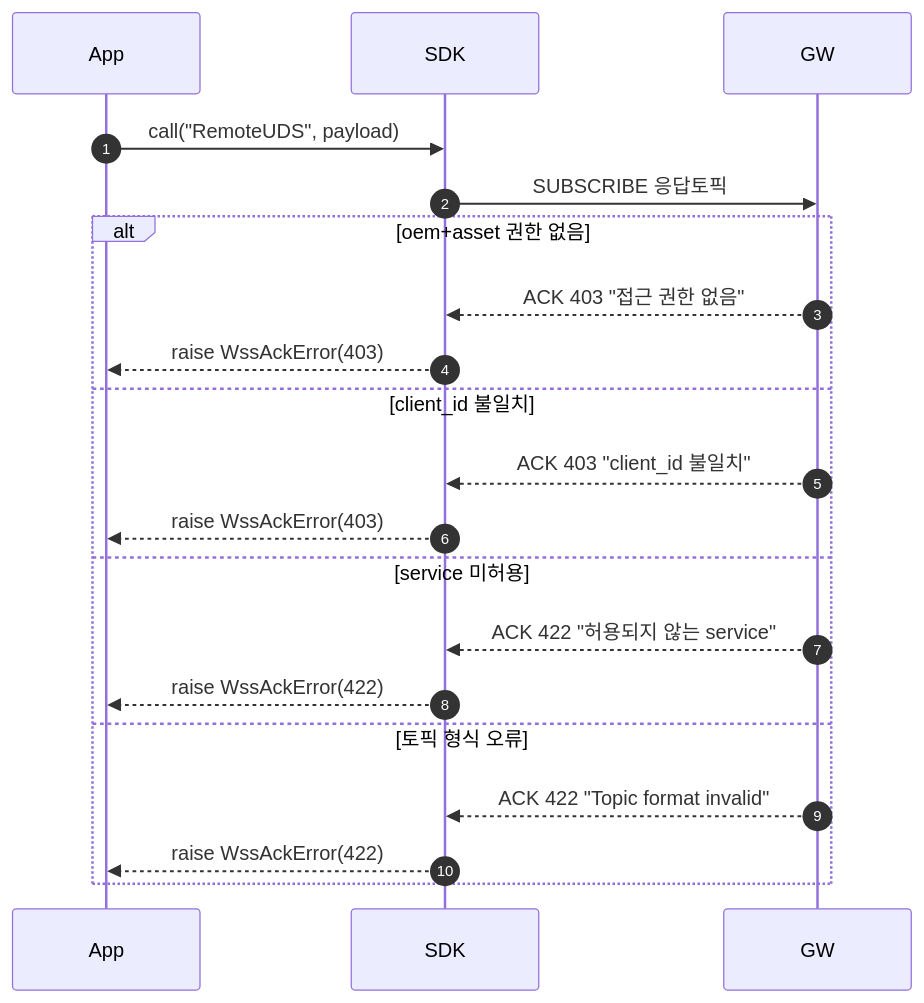
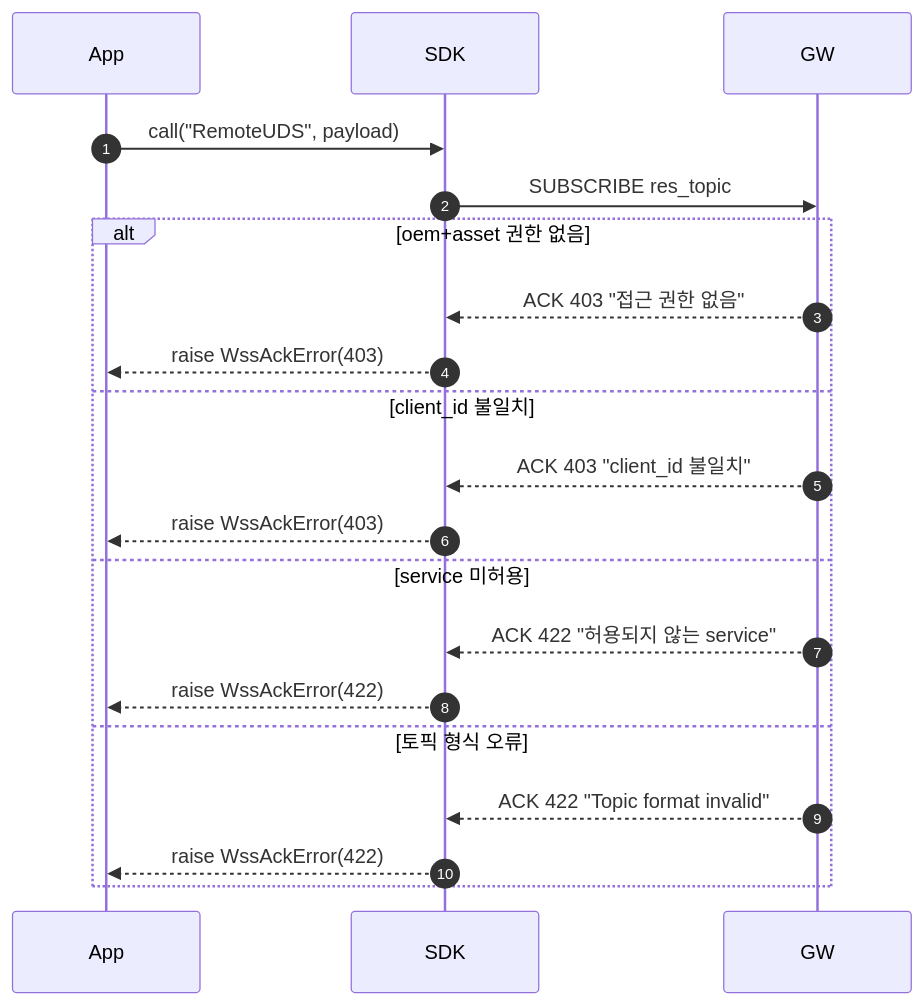
The fifth of 12 diagrams in docs/RPC_SEQUENCE_DIAGRAMS.md (DongEunKim/MQTT-WSS-API), drawn with Mermaid before and after one commit. The commit also changed other lines of this file, not shown here.

First line of the commit message:
docs: 시퀀스 다이어그램 시인성 개선 및 모든 패턴에 Edge 사전 구독 전제 추가

````diff
--- a/docs/RPC_SEQUENCE_DIAGRAMS.md
+++ b/docs/RPC_SEQUENCE_DIAGRAMS.md
@@ -210,24 +221,24 @@
 ```mermaid
 sequenceDiagram
     autonumber
     participant App
     participant SDK
     participant GW
 
     App->>SDK: call("RemoteUDS", payload)
-    SDK->>GW: SUBSCRIBE 응답토픽
+    SDK->>GW: SUBSCRIBE res_topic
 
     alt oem+asset 권한 없음
         GW-->>SDK: ACK 403 "접근 권한 없음"
         SDK-->>App: raise WssAckError(403)
     else client_id 불일치
         GW-->>SDK: ACK 403 "client_id 불일치"
         SDK-->>App: raise WssAckError(403)
     else service 미허용
         GW-->>SDK: ACK 422 "허용되지 않는 service"
         SDK-->>App: raise WssAckError(422)
     else 토픽 형식 오류
         GW-->>SDK: ACK 422 "Topic format invalid"
         SDK-->>App: raise WssAckError(422)
     end
 ```
````
